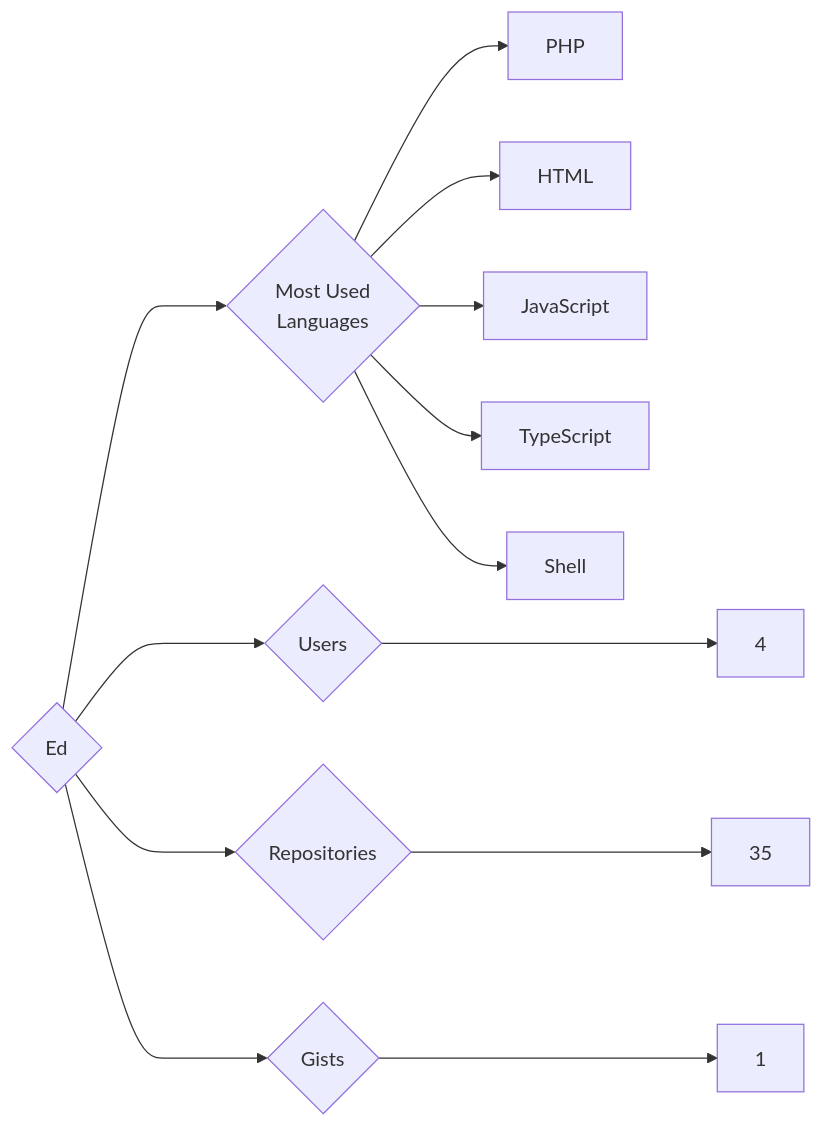
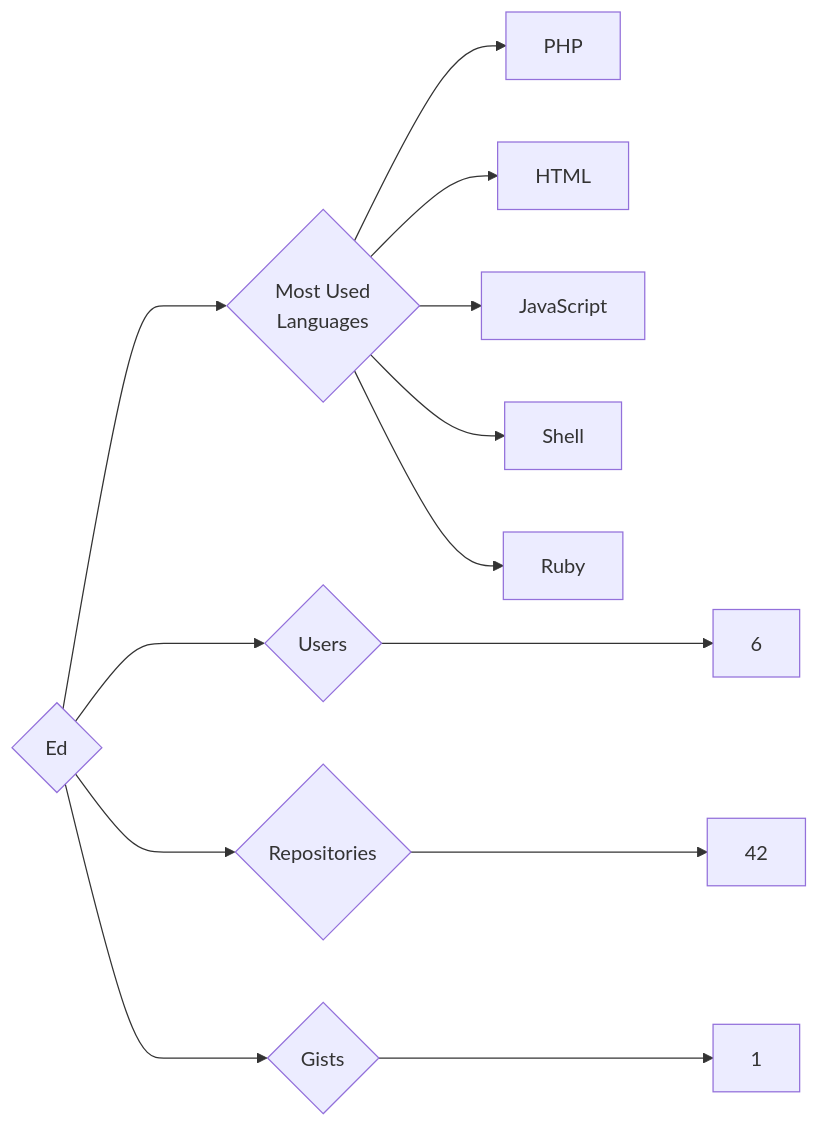
Before and after one commit to trickest/insiders: the diagram in targets/Ed/README.md, drawn with Mermaid. The commit also changed 859 other files, not shown here.

````diff
--- a/targets/Ed/README.md
+++ b/targets/Ed/README.md
@@ -3,13 +3,13 @@
 ```mermaid
 graph LR
 COMPANY_NAME{Ed}
-COMPANY_NAME ---> U{Users} ---> UN[4]
-COMPANY_NAME ---> R{Repositories} ---> RN[35]
+COMPANY_NAME ---> U{Users} ---> UN[6]
+COMPANY_NAME ---> R{Repositories} ---> RN[42]
 COMPANY_NAME ---> G{Gists} ---> GN[1]
 COMPANY_NAME ---> ML{Most Used<br>Languages}
 ML --> PHP[PHP]
 ML --> HTML[HTML]
 ML --> JavaScript[JavaScript]
-ML --> TypeScript[TypeScript]
 ML --> Shell[Shell]
+ML --> Ruby[Ruby]
 ```
````
